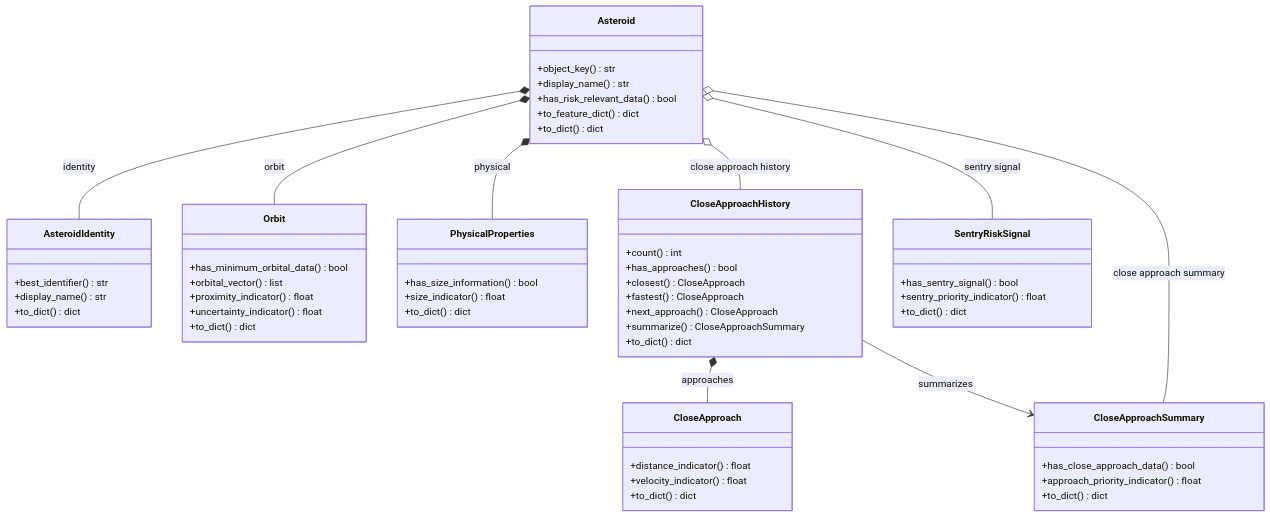
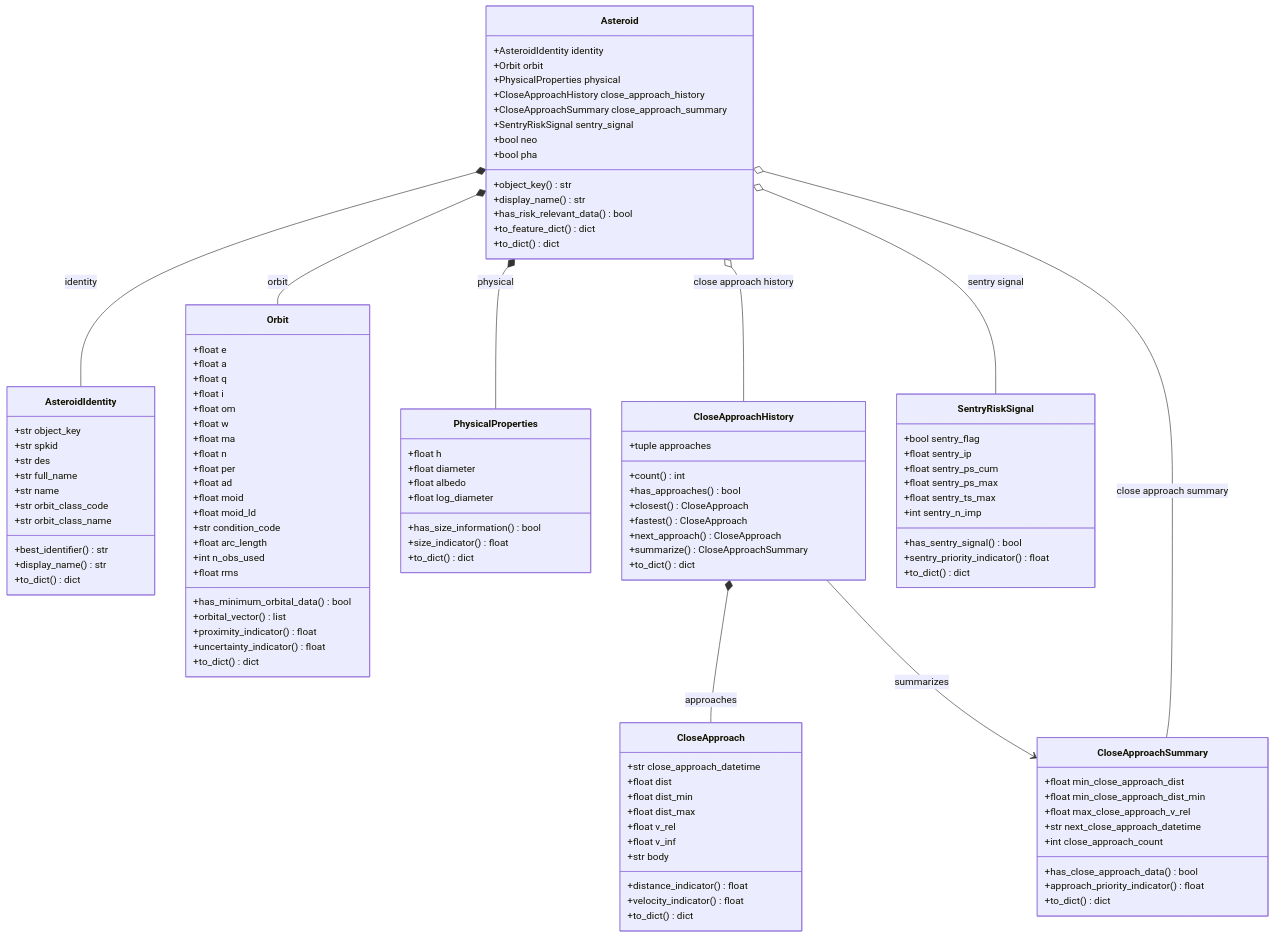
Before and after one commit to LiamSalazar/NEO-Angele-Risk-Lab: the diagram in docs/diagrams/class_diagram_entities.mmd, drawn with Mermaid. The commit also changed 30 other files, not shown here.

```diff
--- a/docs/diagrams/class_diagram_entities.mmd
+++ b/docs/diagrams/class_diagram_entities.mmd
@@ -1,58 +1,119 @@
 classDiagram
     class Asteroid {
+        +AsteroidIdentity identity
+        +Orbit orbit
+        +PhysicalProperties physical
+        +CloseApproachHistory close_approach_history
+        +CloseApproachSummary close_approach_summary
+        +SentryRiskSignal sentry_signal
+        +bool neo
+        +bool pha
         +object_key() str
         +display_name() str
         +has_risk_relevant_data() bool
         +to_feature_dict() dict
         +to_dict() dict
     }
+
     class AsteroidIdentity {
+        +str object_key
+        +str spkid
+        +str des
+        +str full_name
+        +str name
+        +str orbit_class_code
+        +str orbit_class_name
         +best_identifier() str
         +display_name() str
         +to_dict() dict
     }
+
     class Orbit {
+        +float e
+        +float a
+        +float q
+        +float i
+        +float om
+        +float w
+        +float ma
+        +float n
+        +float per
+        +float ad
+        +float moid
+        +float moid_ld
+        +str condition_code
+        +float arc_length
+        +int n_obs_used
+        +float rms
         +has_minimum_orbital_data() bool
         +orbital_vector() list
         +proximity_indicator() float
         +uncertainty_indicator() float
         +to_dict() dict
     }
+
     class PhysicalProperties {
+        +float h
+        +float diameter
+        +float albedo
+        +float log_diameter
         +has_size_information() bool
         +size_indicator() float
         +to_dict() dict
     }
+
     class CloseApproach {
+        +str close_approach_datetime
+        +float dist
+        +float dist_min
+        +float dist_max
+        +float v_rel
+        +float v_inf
+        +str body
         +distance_indicator() float
         +velocity_indicator() float
         +to_dict() dict
     }
+
     class CloseApproachHistory {
+        +tuple approaches
         +count() int
         +has_approaches() bool
         +closest() CloseApproach
         +fastest() CloseApproach
         +next_approach() CloseApproach
         +summarize() CloseApproachSummary
         +to_dict() dict
     }
+
     class CloseApproachSummary {
+        +float min_close_approach_dist
+        +float min_close_approach_dist_min
+        +float max_close_approach_v_rel
+        +str next_close_approach_datetime
+        +int close_approach_count
         +has_close_approach_data() bool
         +approach_priority_indicator() float
         +to_dict() dict
     }
+
     class SentryRiskSignal {
+        +bool sentry_flag
+        +float sentry_ip
+        +float sentry_ps_cum
+        +float sentry_ps_max
+        +float sentry_ts_max
+        +int sentry_n_imp
         +has_sentry_signal() bool
         +sentry_priority_indicator() float
         +to_dict() dict
     }
 
     Asteroid *-- AsteroidIdentity : identity
     Asteroid *-- Orbit : orbit
     Asteroid *-- PhysicalProperties : physical
     Asteroid o-- CloseApproachHistory : close approach history
     CloseApproachHistory *-- CloseApproach : approaches
     CloseApproachHistory --> CloseApproachSummary : summarizes
     Asteroid o-- CloseApproachSummary : close approach summary
     Asteroid o-- SentryRiskSignal : sentry signal
```
